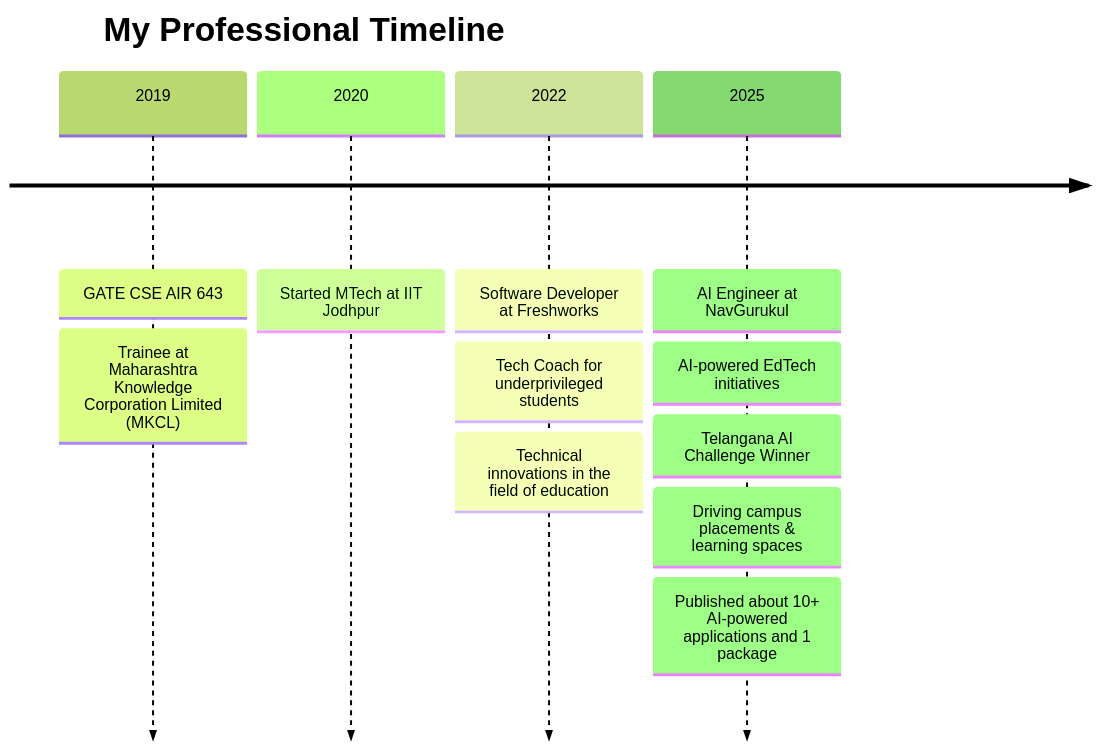
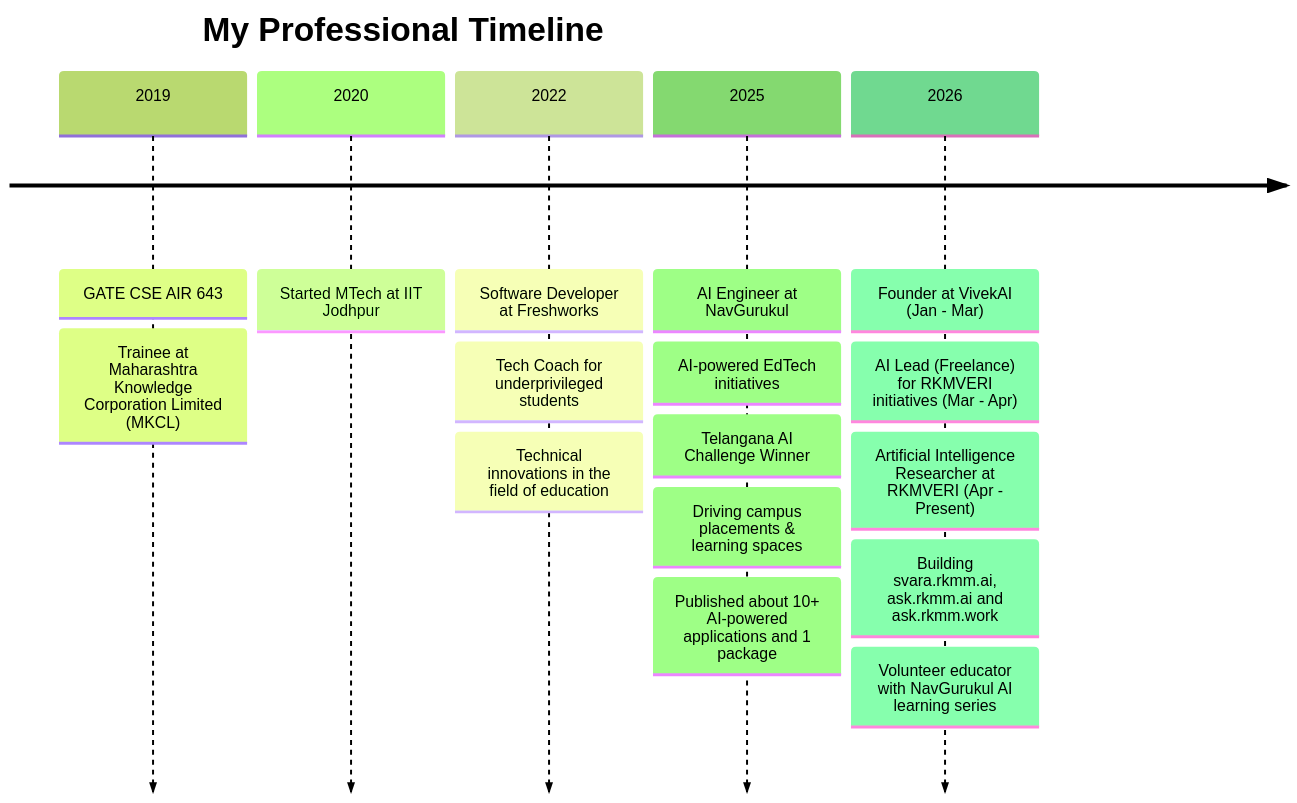
Before and after one commit to Vinit-source/Vinit-source: the diagram in README.md, drawn with Mermaid (forest theme). The commit also changed other lines of this file, not shown here.

Commit message:
Refresh profile with current public and private work

````diff
--- a/README.md
+++ b/README.md
@@ -55,20 +55,26 @@
 ```mermaid
 timeline
     title My Professional Timeline
     
     2019 : GATE CSE AIR 643
          : Trainee at Maharashtra Knowledge Corporation Limited (MKCL)
 
     2020 : Started MTech at IIT Jodhpur
     
     2022 : Software Developer at Freshworks
          : Tech Coach for underprivileged students
          : Technical innovations in the field of education
     
     2025 : AI Engineer at NavGurukul
          : AI-powered EdTech initiatives
          : Telangana AI Challenge Winner
          : Driving campus placements & learning spaces
          : Published about 10+ AI-powered applications and 1 package
 
+    2026 : Founder at VivekAI (Jan - Mar)
+         : AI Lead (Freelance) for RKMVERI initiatives (Mar - Apr)
+         : Artificial Intelligence Researcher at RKMVERI (Apr - Present)
+         : Building svara.rkmm.ai, ask.rkmm.ai and ask.rkmm.work
+         : Volunteer educator with NavGurukul AI learning series
+
 ```
````
